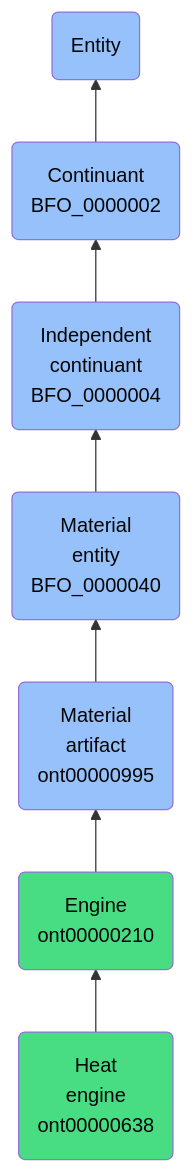
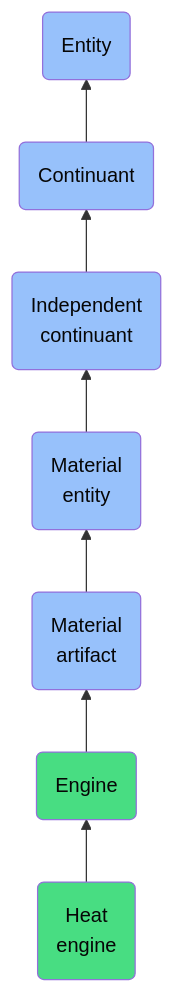
Before and after one commit to jupyter-naas/abi: the diagram in docs/ontology/reference/model/Entity/Continuant/Independent continuant/Material entity/Material artifact/Engine/Heat engine/Heat engine.md, drawn with Mermaid. The commit also changed other lines of this file and 1430 other files, not shown here.

````diff
--- a/docs/ontology/reference/model/Entity/Continuant/Independent continuant/Material entity/Material artifact/Engine/Heat engine/Heat engine.md
+++ b/docs/ontology/reference/model/Entity/Continuant/Independent continuant/Material entity/Material artifact/Engine/Heat engine/Heat engine.md
@@ -24,14 +24,14 @@
 ```mermaid
 graph BT
-    ont00000638(Heat<br>engine<br>ont00000638):::ABI-->ont00000210
-    ont00000210(Engine<br>ont00000210):::ABI-->ont00000995
-    ont00000995(Material<br>artifact<br>ont00000995):::BFO-->BFO_0000040
-    BFO_0000040(Material<br>entity<br>BFO_0000040):::BFO-->BFO_0000004
-    BFO_0000004(Independent<br>continuant<br>BFO_0000004):::BFO-->BFO_0000002
-    BFO_0000002(Continuant<br>BFO_0000002):::BFO-->BFO_0000001
+    ont00000638(Heat<br>engine):::ABI-->ont00000210
+    ont00000210(Engine):::ABI-->ont00000995
+    ont00000995(Material<br>artifact):::BFO-->BFO_0000040
+    BFO_0000040(Material<br>entity):::BFO-->BFO_0000004
+    BFO_0000004(Independent<br>continuant):::BFO-->BFO_0000002
+    BFO_0000002(Continuant):::BFO-->BFO_0000001
     BFO_0000001(Entity):::BFO
     
     classDef BFO fill:#97c1fb,color:#060606
     classDef CCO fill:#e4c51e,color:#060606
     classDef ABI fill:#48DD82,color:#060606
 ```
````
